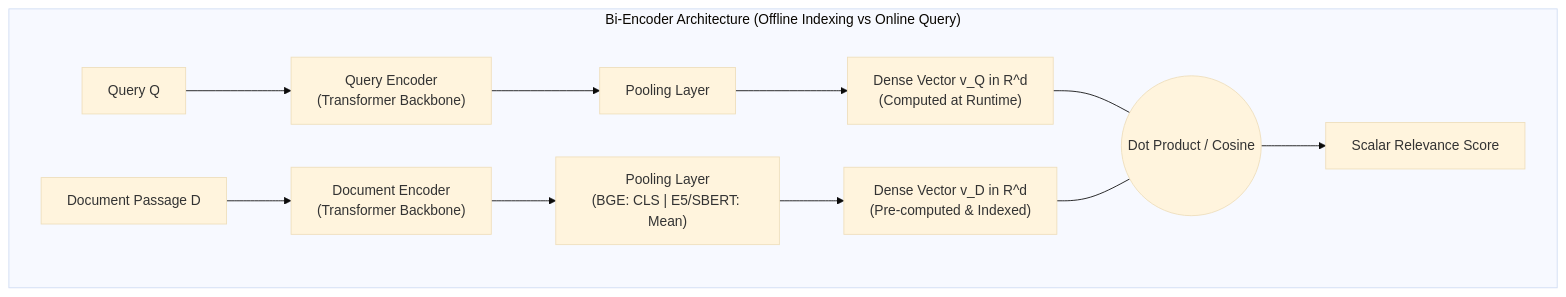
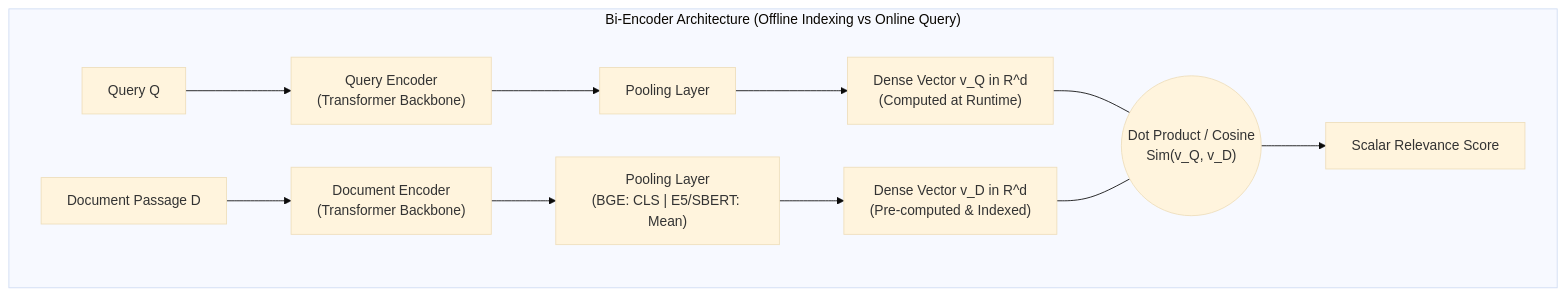
One commit to divyansh070/ml_notes changed the fourth of 8 diagrams in rag-guide/02-retrieval-primitives.md. Above: the diagram before and after it, drawn with Mermaid (base theme). The commit also changed other lines of this file and 4 other files, not shown here.

Commit message:
fix(rag-guide): create _facts.md, update 01/02/appendix, fix LaTeX rendering and Mermaid figures for GitHub

````diff
--- a/rag-guide/02-retrieval-primitives.md
+++ b/rag-guide/02-retrieval-primitives.md
@@ -194,16 +251,16 @@
 ```mermaid
 flowchart TD
     subgraph BI_ENCODER ["Bi-Encoder Architecture (Offline Indexing vs Online Query)"]
-        DOC["Document Passage D"] --> DOC_ENC["Document Encoder<br>(Transformer Backbone)"]
-        DOC_ENC --> POOL_D["Pooling Layer<br>(BGE: CLS | E5/SBERT: Mean)"]
-        POOL_D --> V_DOC["Dense Vector v_D in R^d<br>(Pre-computed & Indexed)"]
+        DOC["Document Passage D"] --> DOC_ENC["Document Encoder<br/>(Transformer Backbone)"]
+        DOC_ENC --> POOL_D["Pooling Layer<br/>(BGE: CLS | E5/SBERT: Mean)"]
+        POOL_D --> V_DOC["Dense Vector v_D in R^d<br/>(Pre-computed & Indexed)"]
         
-        QUERY["Query Q"] --> Q_ENC["Query Encoder<br>(Transformer Backbone)"]
+        QUERY["Query Q"] --> Q_ENC["Query Encoder<br/>(Transformer Backbone)"]
         Q_ENC --> POOL_Q["Pooling Layer"]
-        POOL_Q --> V_Q["Dense Vector v_Q in R^d<br>(Computed at Runtime)"]
+        POOL_Q --> V_Q["Dense Vector v_Q in R^d<br/>(Computed at Runtime)"]
         
-        V_Q --- DOT(("Dot Product / Cosine<br><v_Q, v_D>"))
+        V_Q --- DOT(("Dot Product / Cosine<br/>Sim(v_Q, v_D)"))
         V_DOC --- DOT
         DOT --> SIM["Scalar Relevance Score"]
     end
 ```
````
